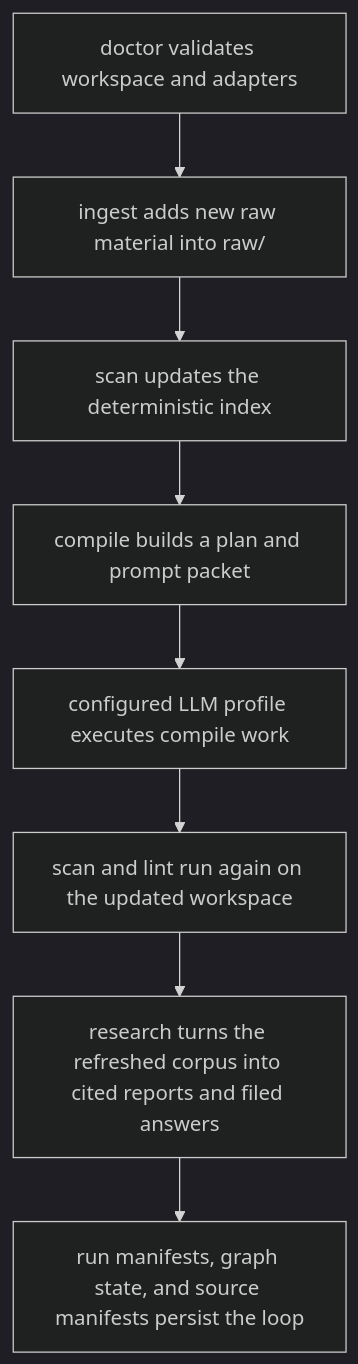
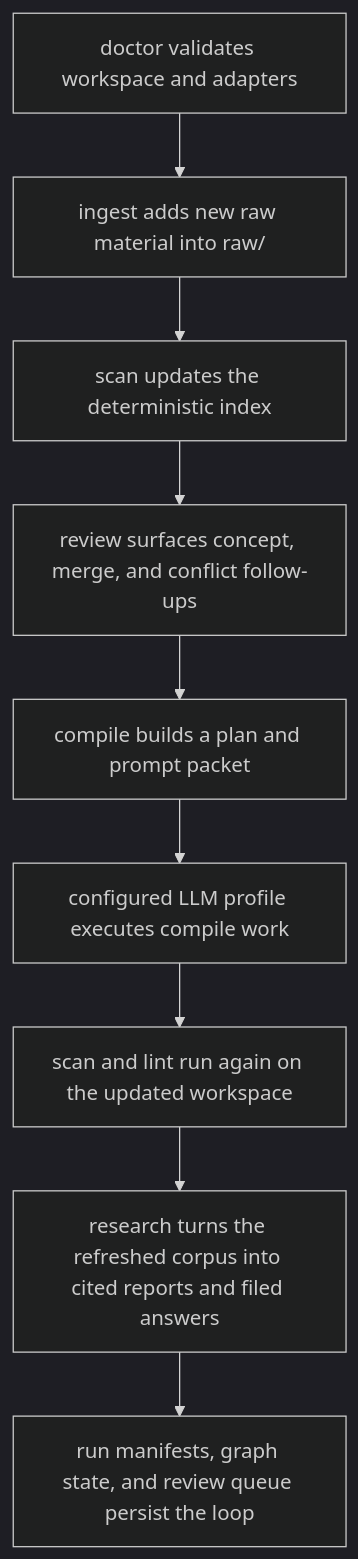
Before and after one commit to shrijacked/Cognisync: the diagram in docs/operator-workflows.md, drawn with Mermaid (dark theme). The commit also changed other lines of this file and 2 other files, not shown here.

Commit message:
docs: map the review loop

````diff
--- a/docs/operator-workflows.md
+++ b/docs/operator-workflows.md
@@ -16,10 +17,11 @@
 ```mermaid
 flowchart TD
     A["doctor validates workspace and adapters"] --> B["ingest adds new raw material into raw/"]
     B --> C["scan updates the deterministic index"]
-    C --> D["compile builds a plan and prompt packet"]
-    D --> E["configured LLM profile executes compile work"]
-    E --> F["scan and lint run again on the updated workspace"]
-    F --> G["research turns the refreshed corpus into cited reports and filed answers"]
-    G --> H["run manifests, graph state, and source manifests persist the loop"]
+    C --> D["review surfaces concept, merge, and conflict follow-ups"]
+    D --> E["compile builds a plan and prompt packet"]
+    E --> F["configured LLM profile executes compile work"]
+    F --> G["scan and lint run again on the updated workspace"]
+    G --> H["research turns the refreshed corpus into cited reports and filed answers"]
+    H --> I["run manifests, graph state, and review queue persist the loop"]
 ```
````
